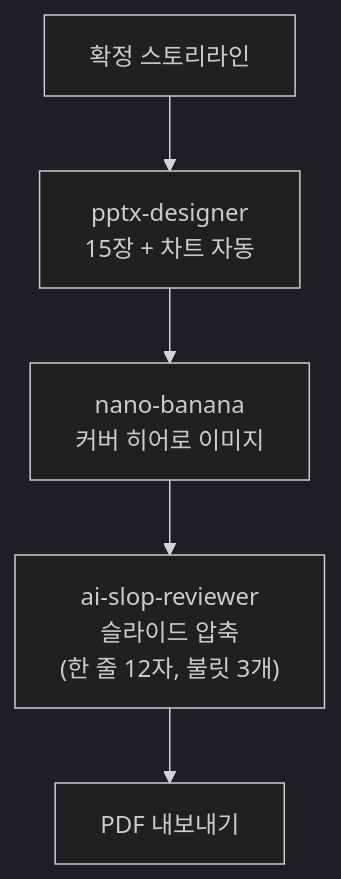
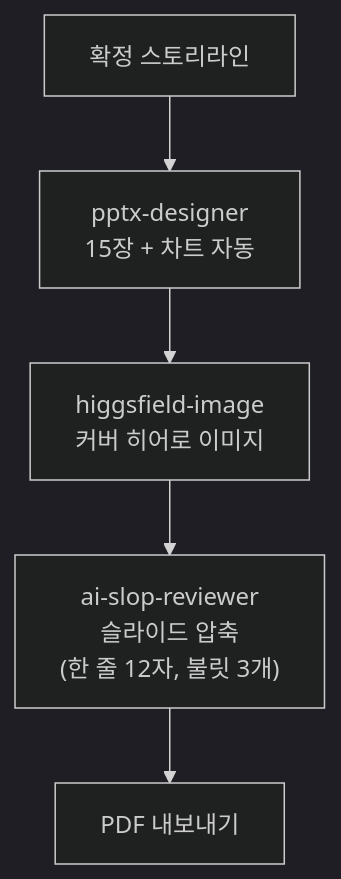
One commit to modu-ai/claude changed the second of 2 diagrams in content/cookbook/ir-deck.md. Above: the diagram before and after it, drawn with Mermaid (dark theme). The commit also changed other lines of this file and 17 other files, not shown here.

````diff
--- a/content/cookbook/ir-deck.md
+++ b/content/cookbook/ir-deck.md
@@ -95,7 +95,7 @@
 ```mermaid
 flowchart TD
     SL["확정 스토리라인"] --> PP["pptx-designer<br/>15장 + 차트 자동"]
-    PP --> NB["nano-banana<br/>커버 히어로 이미지"]
+    PP --> NB["higgsfield-image<br/>커버 히어로 이미지"]
     NB --> SL2["ai-slop-reviewer<br/>슬라이드 압축<br/>(한 줄 12자, 불릿 3개)"]
     SL2 --> PDF["PDF 내보내기"]
 ```
````
